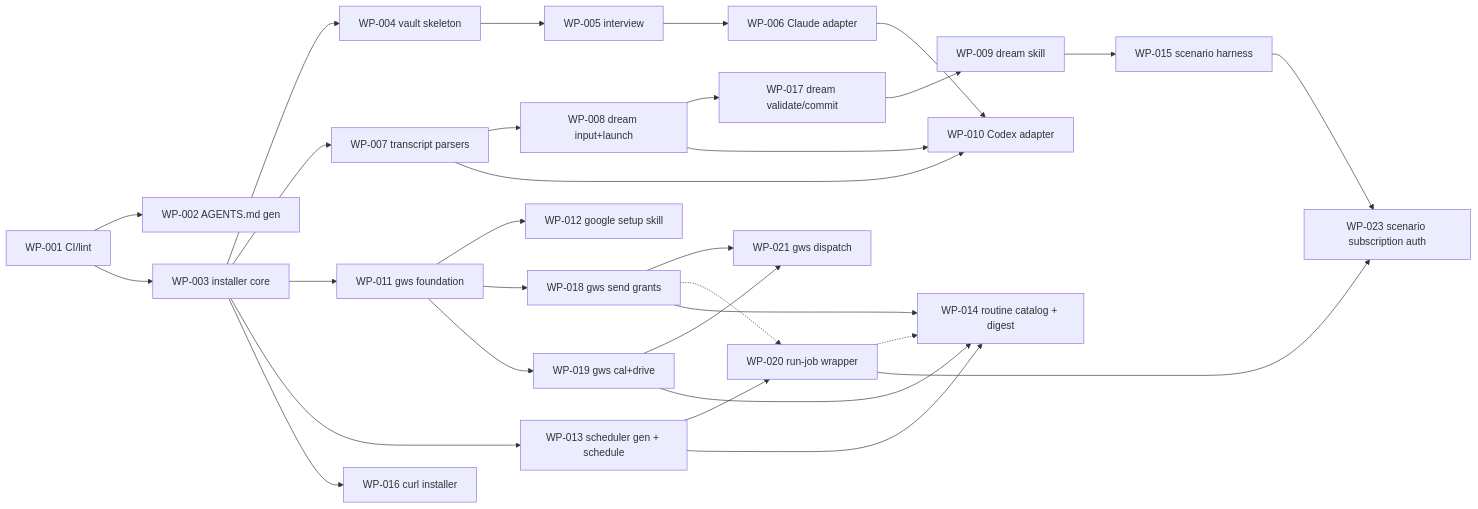
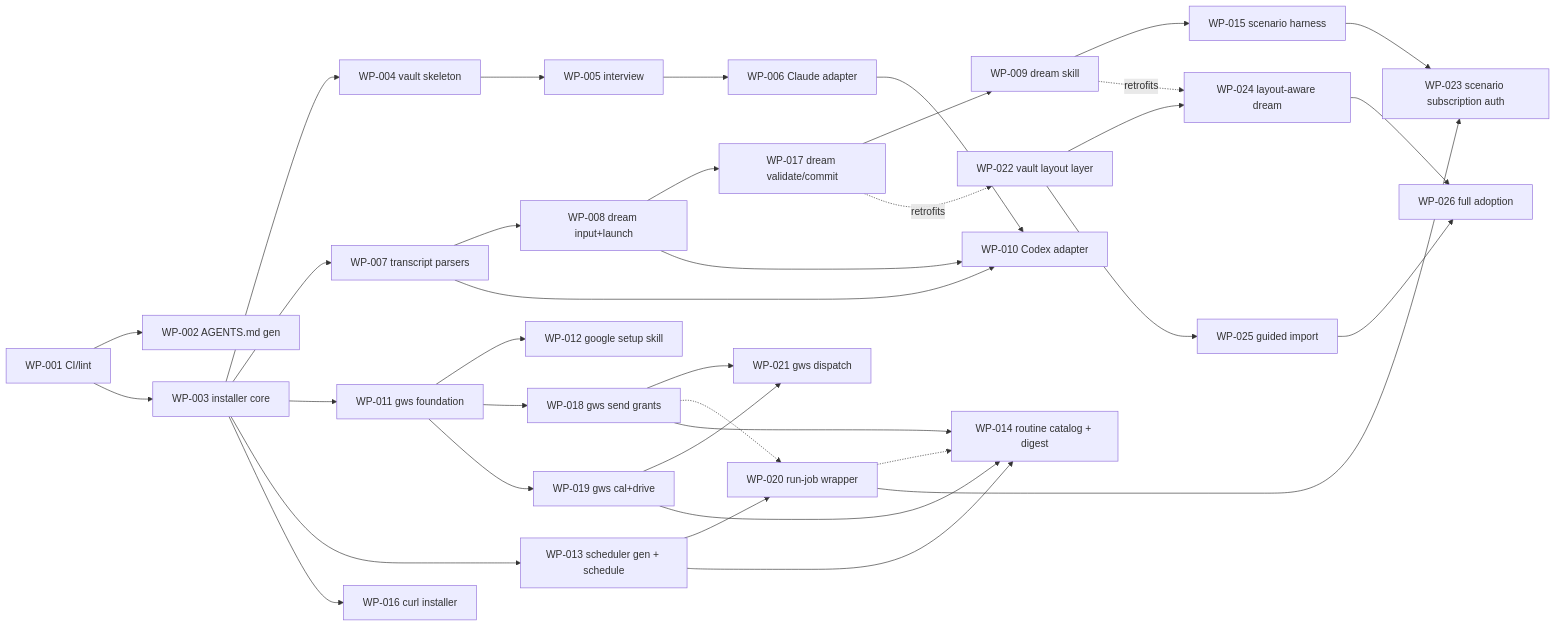
One commit to wienerdog-ai/wienerdog changed the diagram in docs/specs/ROADMAP.md. Above: the diagram before and after it, drawn with Mermaid. The commit also changed other lines of this file and 5 other files, not shown here.

````diff
--- a/docs/specs/ROADMAP.md
+++ b/docs/specs/ROADMAP.md
@@ -47,32 +51,38 @@
 ```mermaid
 graph LR
   WP001[WP-001 CI/lint] --> WP002[WP-002 AGENTS.md gen]
   WP001 --> WP003[WP-003 installer core]
   WP003 --> WP004[WP-004 vault skeleton]
   WP004 --> WP005[WP-005 interview]
   WP005 --> WP006[WP-006 Claude adapter]
   WP003 --> WP007[WP-007 transcript parsers]
   WP007 --> WP008[WP-008 dream input+launch]
   WP008 --> WP017[WP-017 dream validate/commit]
   WP017 --> WP009[WP-009 dream skill]
   WP006 --> WP010[WP-010 Codex adapter]
   WP007 --> WP010
   WP008 --> WP010
   WP003 --> WP011[WP-011 gws foundation]
   WP011 --> WP012[WP-012 google setup skill]
   WP011 --> WP018[WP-018 gws send grants]
   WP011 --> WP019[WP-019 gws cal+drive]
   WP003 --> WP013[WP-013 scheduler gen + schedule]
   WP018 --> WP021[WP-021 gws dispatch]
   WP019 --> WP021
   WP013 --> WP020[WP-020 run-job wrapper]
   WP018 -.-> WP020
   WP018 --> WP014[WP-014 routine catalog + digest]
   WP019 --> WP014
   WP013 --> WP014
   WP020 -.-> WP014
   WP009 --> WP015[WP-015 scenario harness]
   WP003 --> WP016[WP-016 curl installer]
   WP015 --> WP023[WP-023 scenario subscription auth]
   WP020 --> WP023
+  WP017 -.retrofits.-> WP022[WP-022 vault layout layer]
+  WP009 -.retrofits.-> WP024[WP-024 layout-aware dream]
+  WP022 --> WP024
+  WP022 --> WP025[WP-025 guided import]
+  WP024 --> WP026[WP-026 full adoption]
+  WP025 --> WP026
 ```
````
